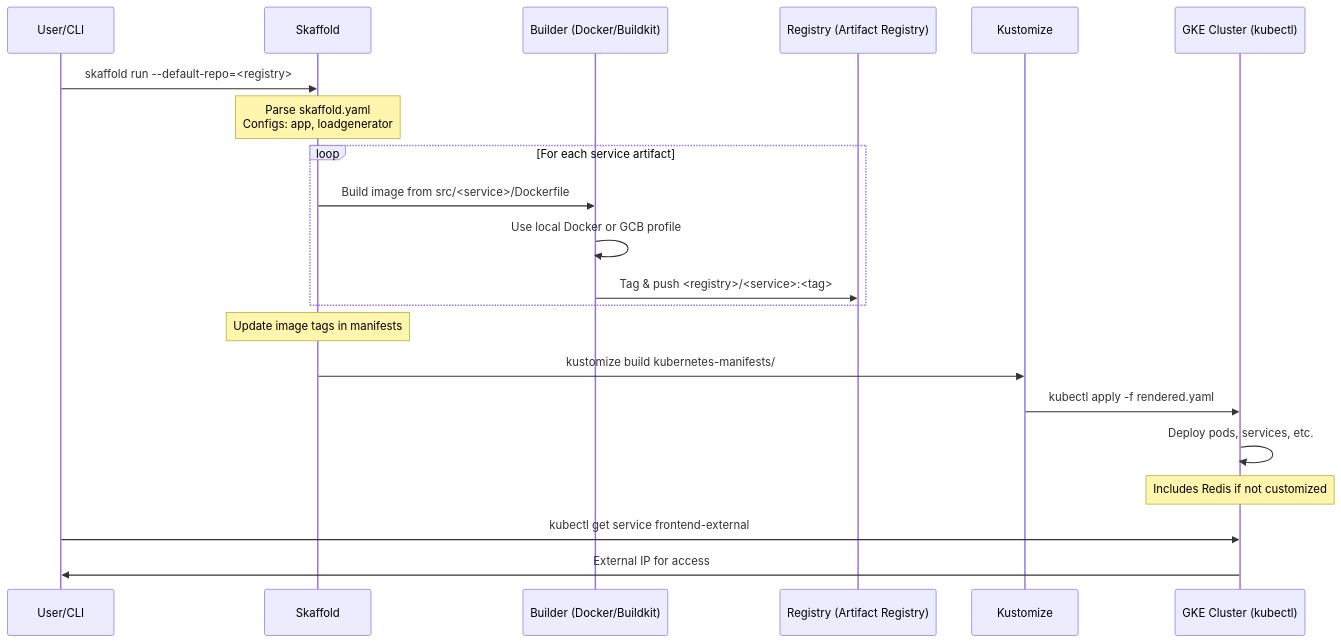
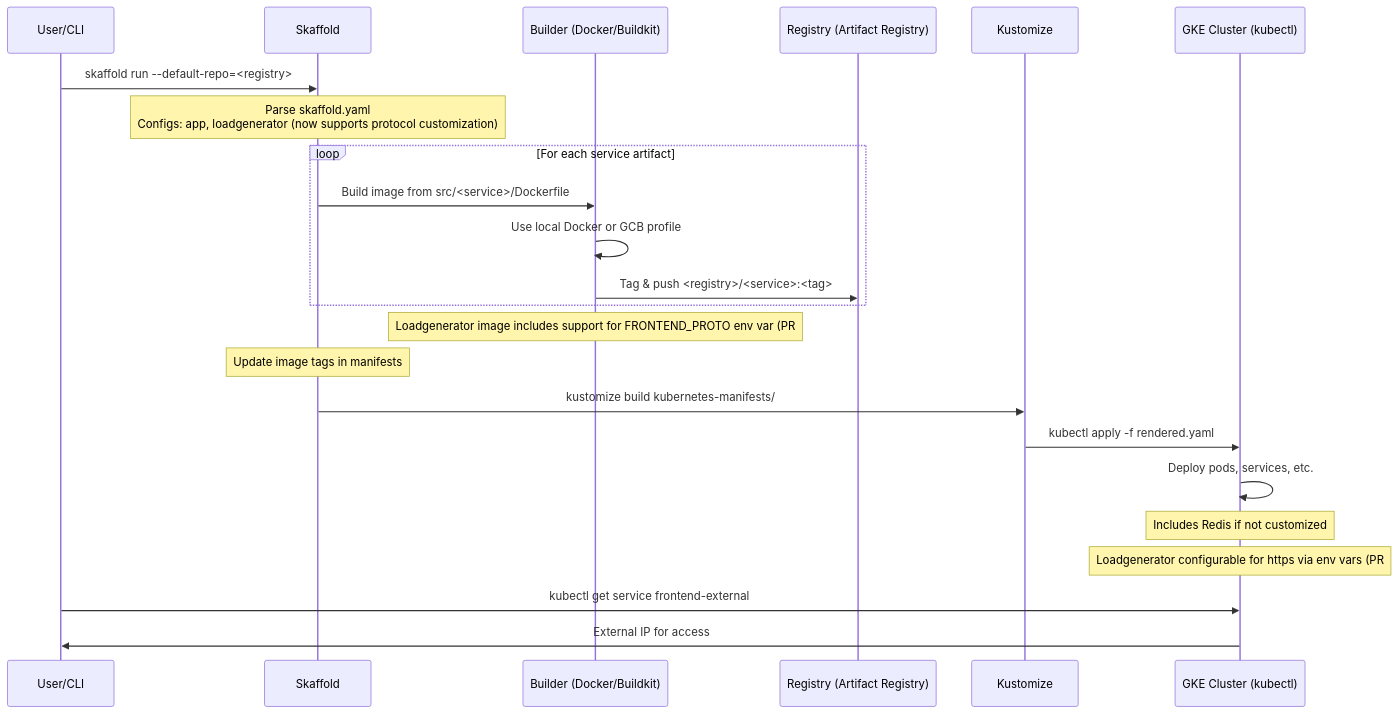
The first of 2 diagrams in .exp/design-workflow-2-gke-deployment-workflow.md (gauravagerwala/microservices-demo), drawn with Mermaid before and after one commit. The commit also changed other lines of this file and 5 other files, not shown here.

Commit message:
Update design for PR #2775: feat(loadgenerator): allow customizing frontend protocol

````diff
--- a/.exp/design-workflow-2-gke-deployment-workflow.md
+++ b/.exp/design-workflow-2-gke-deployment-workflow.md
@@ -31,23 +31,25 @@
 ```mermaid
 sequenceDiagram
     participant U as User/CLI
     participant S as Skaffold
     participant B as Builder (Docker/Buildkit)
     participant R as Registry (Artifact Registry)
     participant K as Kustomize
     participant C as GKE Cluster (kubectl)
     U->>S: skaffold run --default-repo=<registry>
-    Note over S: Parse skaffold.yaml<br/>Configs: app, loadgenerator
+    Note over S: Parse skaffold.yaml<br/>Configs: app, loadgenerator (now supports protocol customization)
     loop For each service artifact
         S->>B: Build image from src/<service>/Dockerfile
         B->>B: Use local Docker or GCB profile
         B->>R: Tag & push <registry>/<service>:<tag>
     end
+    Note over B: Loadgenerator image includes support for FRONTEND_PROTO env var (PR #2775)
     Note over S: Update image tags in manifests
     S->>K: kustomize build kubernetes-manifests/
     K->>C: kubectl apply -f rendered.yaml
     C->>C: Deploy pods, services, etc.
     Note over C: Includes Redis if not customized
+    Note over C: Loadgenerator configurable for https via env vars (PR #2775)
     U->>C: kubectl get service frontend-external
     C->>U: External IP for access
 ```
````
